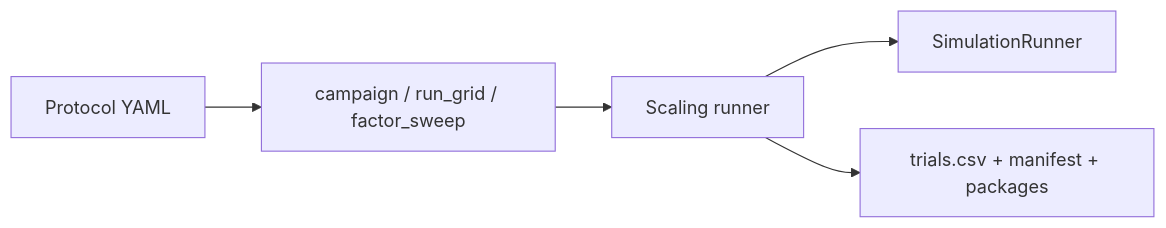
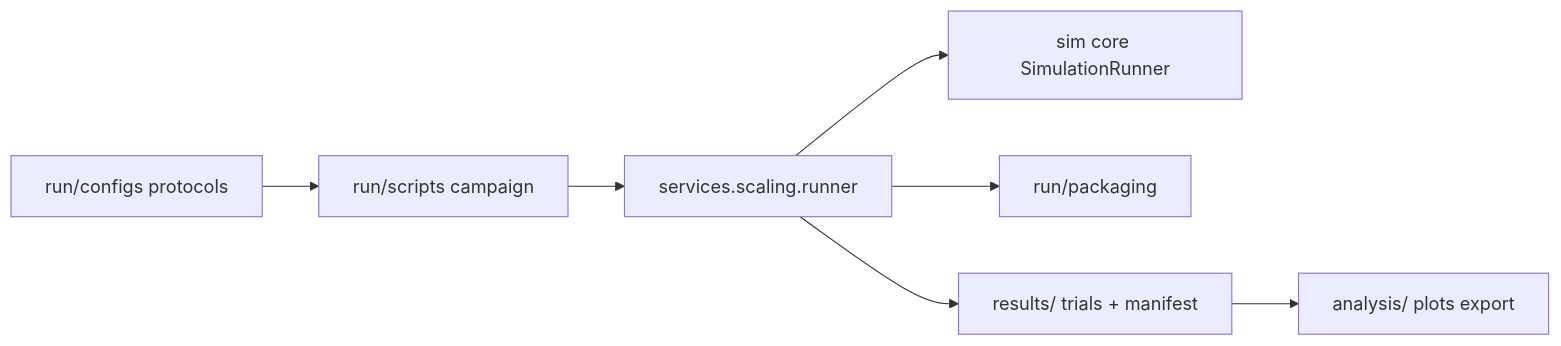
One commit to lykimq/HerdSim changed the diagram in docs/architecture.md. Above: the diagram before and after it, drawn with Mermaid. The commit also changed other lines of this file and 3043 other files, not shown here.

````diff
--- a/docs/architecture.md
+++ b/docs/architecture.md
@@ -33,13 +30,17 @@
 ```mermaid
 flowchart LR
-  proto["Protocol YAML"]
-  camp["campaign / run_grid / factor_sweep"]
-  runner["Scaling runner"]
-  engine["SimulationRunner"]
-  out["trials.csv + manifest + packages"]
+  proto["run/configs protocols"]
+  camp["run/scripts campaign"]
+  runner["services.scaling.runner"]
+  engine["sim core SimulationRunner"]
+  pack["run/packaging"]
+  out["results/ trials + manifest"]
+  analysis["analysis/ plots export"]
 
   proto --> camp
   camp --> runner
   runner --> engine
+  runner --> pack
   runner --> out
+  out --> analysis
 ```
````
